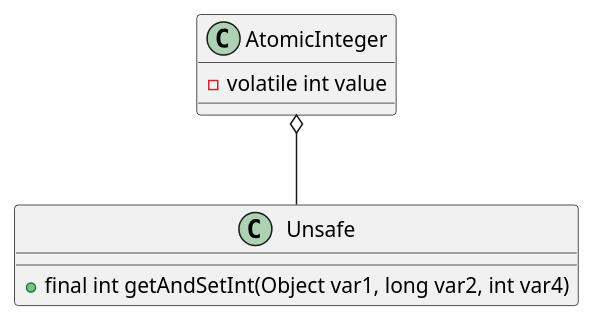
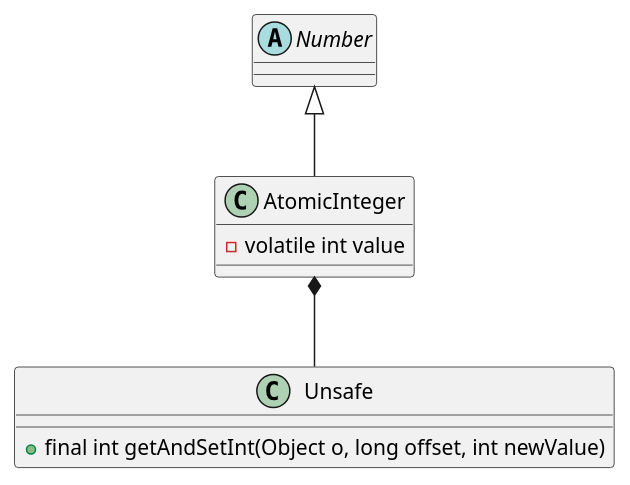
The diagram in docs/10-java/src/rt.jar.src/java/util/concurrent/atomic/AtomicInteger.md (onlyonion/development), drawn with PlantUML before and after one commit. The commit also changed other lines of this file and 42 other files, not shown here.

````diff
--- a/docs/10-java/src/rt.jar.src/java/util/concurrent/atomic/AtomicInteger.md
+++ b/docs/10-java/src/rt.jar.src/java/util/concurrent/atomic/AtomicInteger.md
@@ -14,17 +14,17 @@
 ```plantuml
 @startuml
 
+abstract class Number 
 class AtomicInteger {
     - volatile int value
 }
 
-
-AtomicInteger o-- Unsafe
+Number ^-- AtomicInteger
+AtomicInteger *-- Unsafe
 
 class Unsafe {
-    + final int getAndSetInt(Object var1, long var2, int var4) 
-
+    + final int getAndSetInt(Object o, long offset, int newValue)
 }
 
 @enduml
 ```
````
